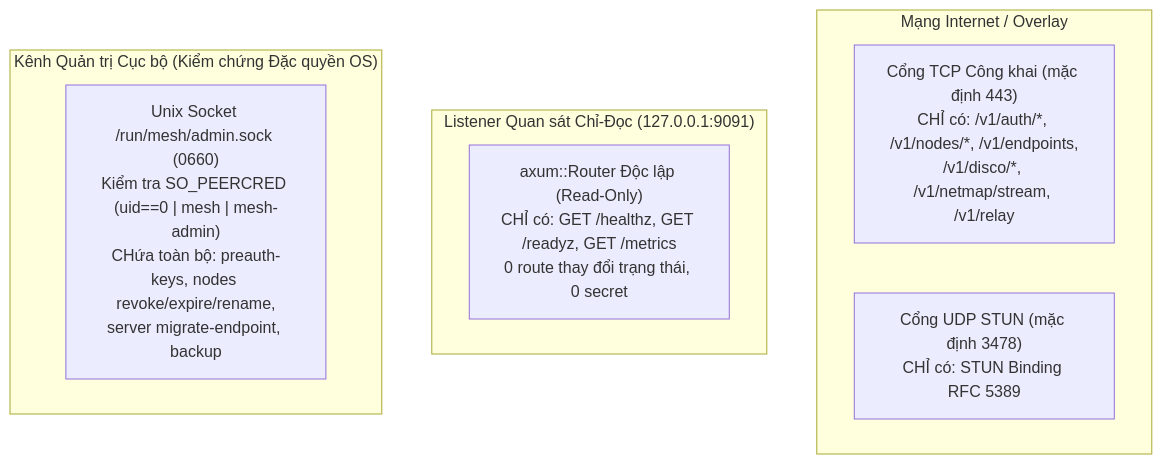
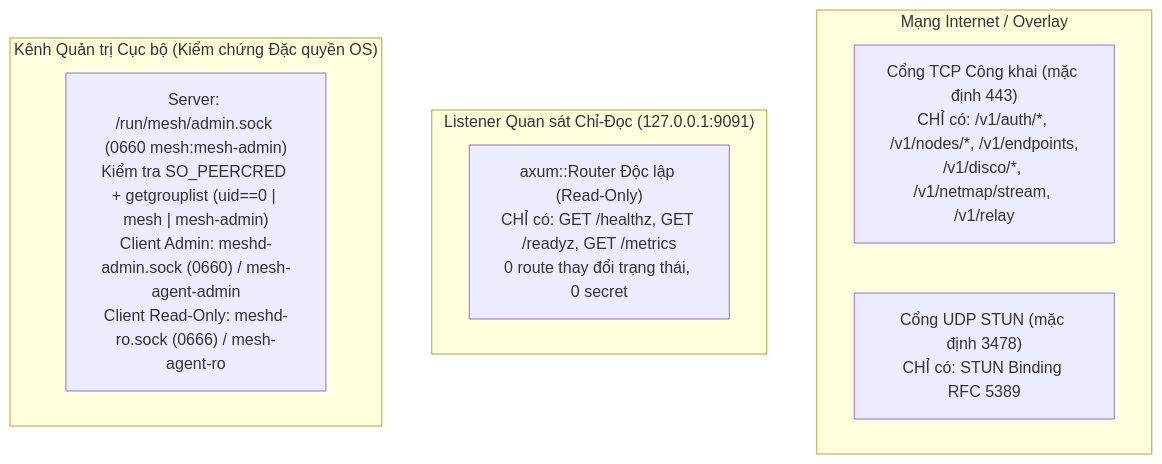
One commit to nguyenvando420-spec/mesh-vpn changed diagram 11 of 11 in docs/03-system-design/system-architecture.md. Above: the diagram before and after it, drawn with Mermaid. The commit also changed other lines of this file and 14 other files, not shown here.

````diff
--- a/docs/03-system-design/system-architecture.md
+++ b/docs/03-system-design/system-architecture.md
@@ -791,15 +802,15 @@
 ```mermaid
 flowchart TB
     subgraph PublicNet["Mạng Internet / Overlay"]
         PublicPort["Cổng TCP Công khai (mặc định 443)<br/>CHỈ có: /v1/auth/*, /v1/nodes/*, /v1/endpoints,<br/>/v1/disco/*, /v1/netmap/stream, /v1/relay"]
         StunPort["Cổng UDP STUN (mặc định 3478)<br/>CHỈ có: STUN Binding RFC 5389"]
     end
 
     subgraph LoopbackObs["Listener Quan sát Chỉ-Đọc (127.0.0.1:9091)"]
         ObsRouter["axum::Router Độc lập (Read-Only)<br/>CHỈ có: GET /healthz, GET /readyz, GET /metrics<br/>0 route thay đổi trạng thái, 0 secret"]
     end
 
     subgraph PrivilegedLocal["Kênh Quản trị Cục bộ (Kiểm chứng Đặc quyền OS)"]
-        AdminUds["Unix Socket /run/mesh/admin.sock (0660)<br/>Kiểm tra SO_PEERCRED (uid==0 | mesh | mesh-admin)<br/>CHứa toàn bộ: preauth-keys, nodes revoke/expire/rename,<br/>server migrate-endpoint, backup"]
+        AdminUds["Server: /run/mesh/admin.sock (0660 mesh:mesh-admin)<br/>Kiểm tra SO_PEERCRED + getgrouplist (uid==0 | mesh | mesh-admin)<br/>Client Admin: meshd-admin.sock (0660) / mesh-agent-admin<br/>Client Read-Only: meshd-ro.sock (0666) / mesh-agent-ro"]
     end
 ```
````
